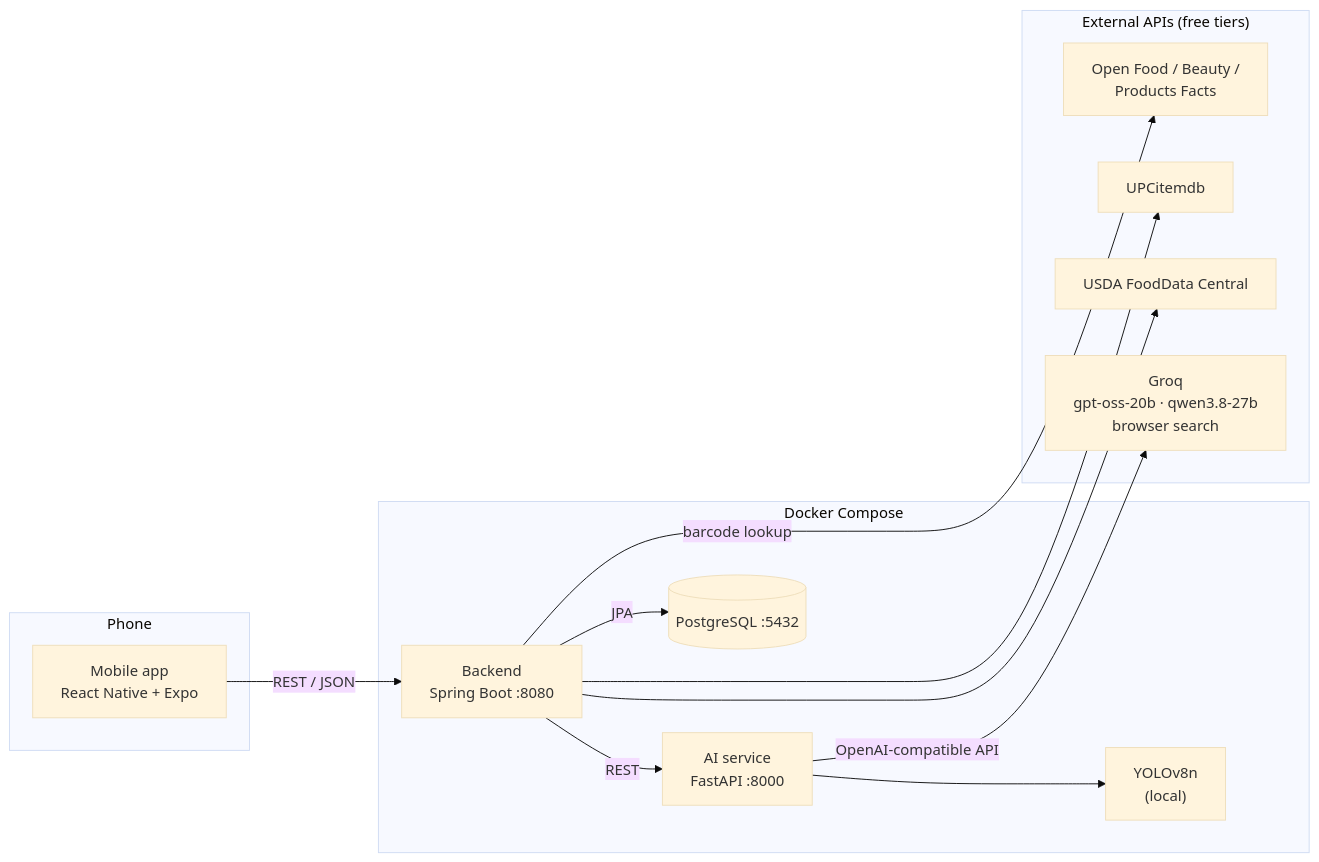
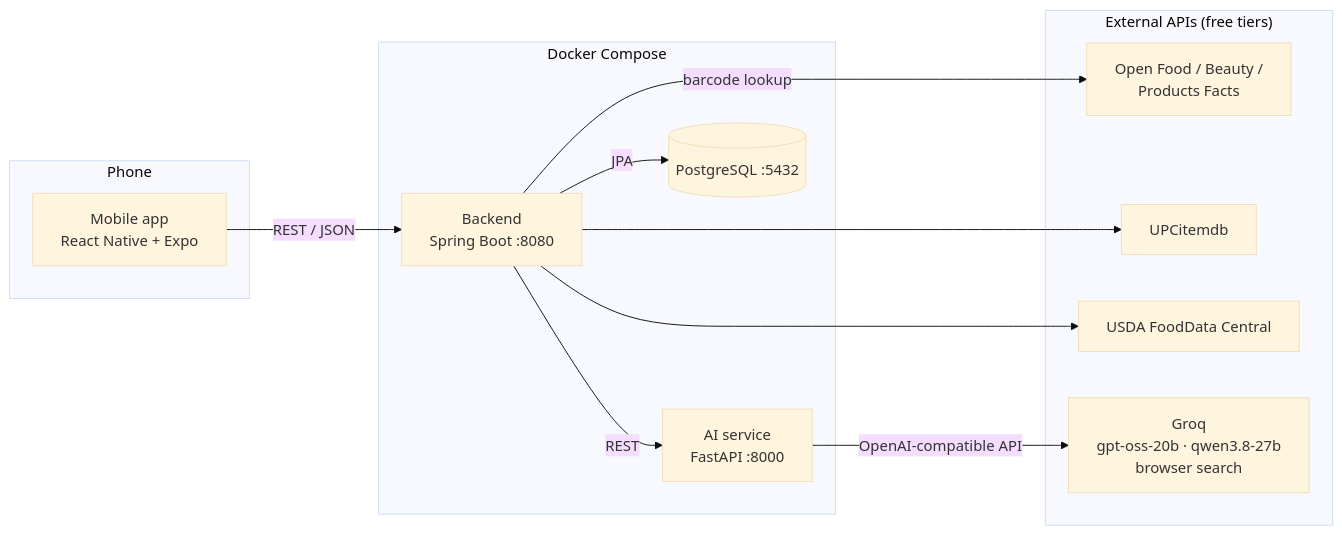
Before and after one commit to edisban/HealthScan: the first of 5 diagrams in README.md, drawn with Mermaid (base theme). The commit also changed other lines of this file and 28 other files, not shown here.

````diff
--- a/README.md
+++ b/README.md
@@ -51,29 +52,27 @@
 ```mermaid
 flowchart LR
     subgraph Phone
         App["Mobile app<br/>React Native + Expo"]
     end
 
     subgraph Docker["Docker Compose"]
         API["Backend<br/>Spring Boot :8080"]
         AI["AI service<br/>FastAPI :8000"]
         DB[("PostgreSQL :5432")]
-        YOLO["YOLOv8n<br/>(local)"]
     end
 
     subgraph External["External APIs (free tiers)"]
         OFF["Open Food / Beauty /<br/>Products Facts"]
         UPC["UPCitemdb"]
         USDA["USDA FoodData Central"]
         Groq["Groq<br/>gpt-oss-20b · qwen3.8-27b<br/>browser search"]
     end
 
     App -- "REST / JSON" --> API
     API -- "JPA" --> DB
     API -- "barcode lookup" --> OFF
     API --> UPC
     API --> USDA
     API -- "REST" --> AI
-    AI --> YOLO
     AI -- "OpenAI-compatible API" --> Groq
 ```
````
